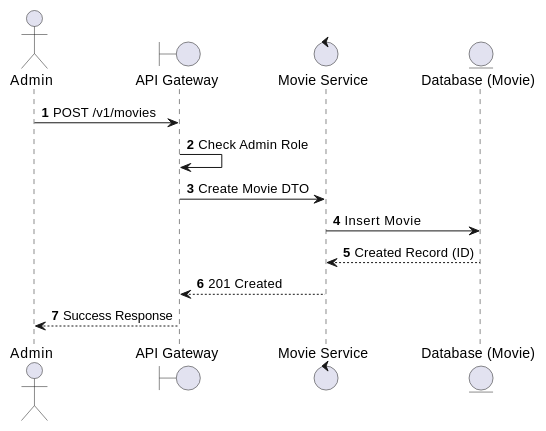
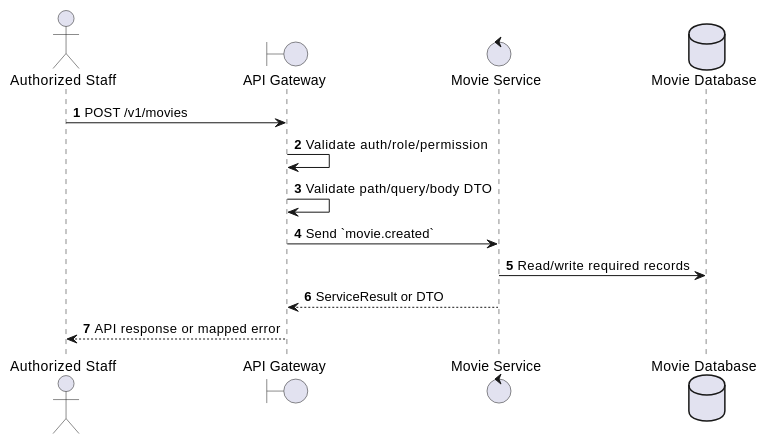
Before and after one commit to Tanh1603/movie-hub-architecture: the first of 2 diagrams in docs/functional_specs/3.3.1_Movie_Catalog/MV-04_Create_Movie.md, drawn with PlantUML. The commit also changed other lines of this file and 126 other files, not shown here.

````diff
--- a/docs/functional_specs/3.3.1_Movie_Catalog/MV-04_Create_Movie.md
+++ b/docs/functional_specs/3.3.1_Movie_Catalog/MV-04_Create_Movie.md
@@ -17,17 +17,17 @@
 ```plantuml
 @startuml
 autonumber
-actor Admin
+actor "Authorized Staff" as Actor
 boundary "API Gateway" as GW
-control "Movie Service" as MS
-entity "Database (Movie)" as DB
+control "Movie Service" as SVC
+database "Movie Database" as DB
 
-Admin -> GW: POST /v1/movies
-GW -> GW: Check Admin Role
-GW -> MS: Create Movie DTO
-MS -> DB: Insert Movie
-DB --> MS: Created Record (ID)
-MS --> GW: 201 Created
-GW --> Admin: Success Response
+Actor -> GW: POST /v1/movies
+GW -> GW: Validate auth/role/permission
+GW -> GW: Validate path/query/body DTO
+GW -> SVC: Send `movie.created`
+SVC -> DB: Read/write required records
+SVC --> GW: ServiceResult or DTO
+GW --> Actor: API response or mapped error
 @enduml
 ```
````
